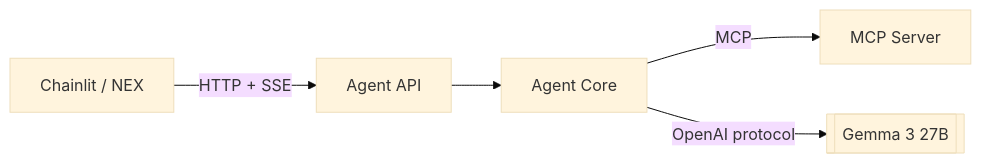
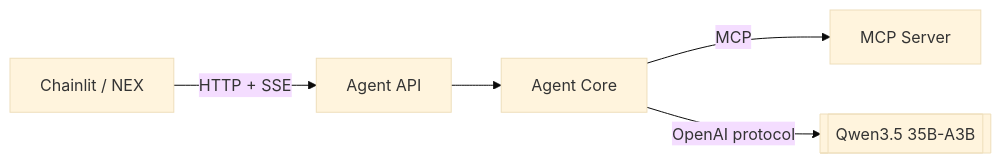
One commit to LLM-CE-KMITL/mcp-workshop changed the first of 2 diagrams in instructions/day3/06-workshop3b-agent-api.md. Above: the diagram before and after it, drawn with Mermaid (base theme). The commit also changed 43 other files, not shown here.

````diff
--- a/instructions/day3/06-workshop3b-agent-api.md
+++ b/instructions/day3/06-workshop3b-agent-api.md
@@ -11,7 +11,7 @@
 ```mermaid
 flowchart LR
     UI["Chainlit / NEX"] -->|HTTP + SSE| API["Agent API"]
     API --> AG["Agent Core"]
     AG -->|MCP| MCP["MCP Server"]
-    AG -->|OpenAI protocol| LLM[["Gemma 3 27B"]]
+    AG -->|OpenAI protocol| LLM[["Qwen3.5 35B-A3B"]]
 ```
````
